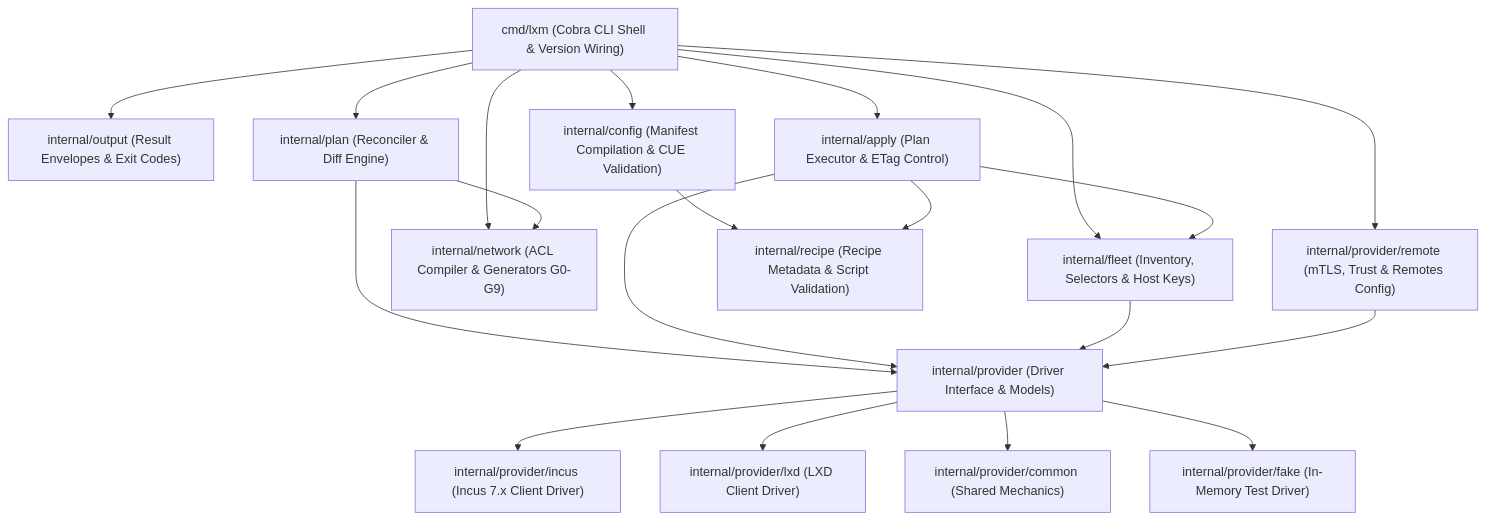
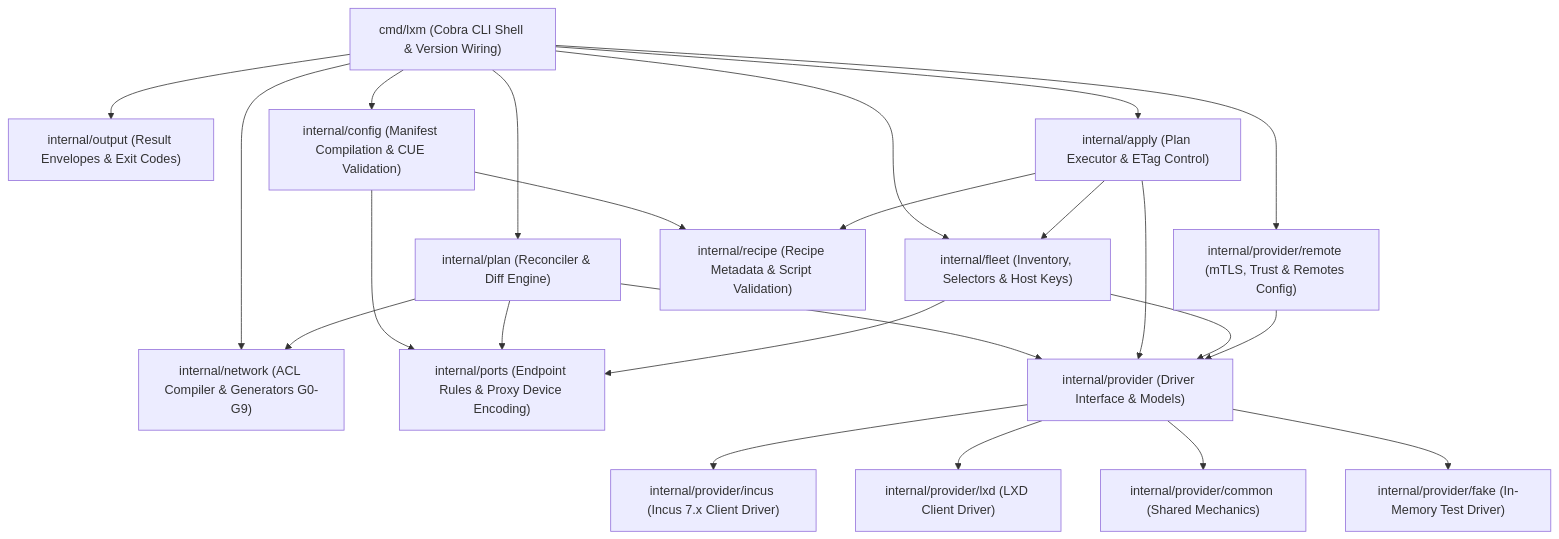
One commit to aiyor/lxm changed the first of 3 diagrams in ARCHITECTURE.md. Above: the diagram before and after it, drawn with Mermaid. The commit also changed other lines of this file and 42 other files, not shown here.

First line of the commit message:
feat(ports): declarative port publishing via LXD/Incus proxy devices (#12)

````diff
--- a/ARCHITECTURE.md
+++ b/ARCHITECTURE.md
@@ -24,23 +24,26 @@
 ```mermaid
 graph TD
     CLI["cmd/lxm (Cobra CLI Shell & Version Wiring)"] --> Output["internal/output (Result Envelopes & Exit Codes)"]
     CLI --> Config["internal/config (Manifest Compilation & CUE Validation)"]
     CLI --> Fleet["internal/fleet (Inventory, Selectors & Host Keys)"]
     CLI --> Plan["internal/plan (Reconciler & Diff Engine)"]
     CLI --> Network["internal/network (ACL Compiler & Generators G0-G9)"]
     CLI --> Apply["internal/apply (Plan Executor & ETag Control)"]
     CLI --> Remote["internal/provider/remote (mTLS, Trust & Remotes Config)"]
 
     Config --> Recipe["internal/recipe (Recipe Metadata & Script Validation)"]
+    Config --> Ports["internal/ports (Endpoint Rules & Proxy Device Encoding)"]
+    Plan --> Ports
+    Fleet --> Ports
     Plan --> Network
     Plan --> Provider["internal/provider (Driver Interface & Models)"]
     Apply --> Provider
     Apply --> Recipe
     Apply --> Fleet
     Fleet --> Provider
     Remote --> Provider
     Provider --> Incus["internal/provider/incus (Incus 7.x Client Driver)"]
     Provider --> LXD["internal/provider/lxd (LXD Client Driver)"]
     Provider --> Common["internal/provider/common (Shared Mechanics)"]
     Provider --> Fake["internal/provider/fake (In-Memory Test Driver)"]
 ```
````
